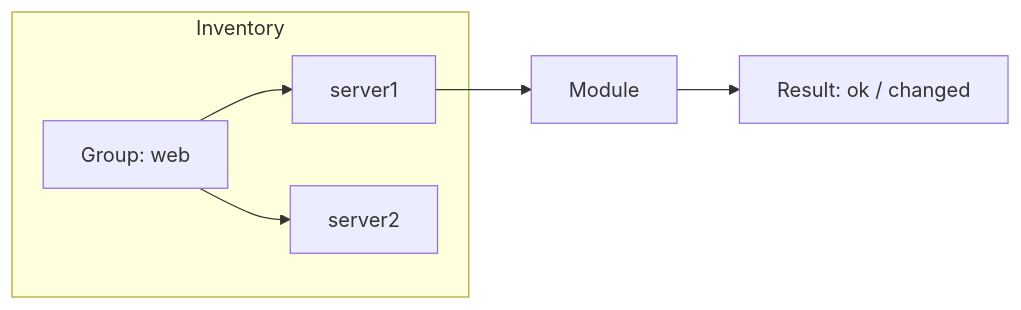
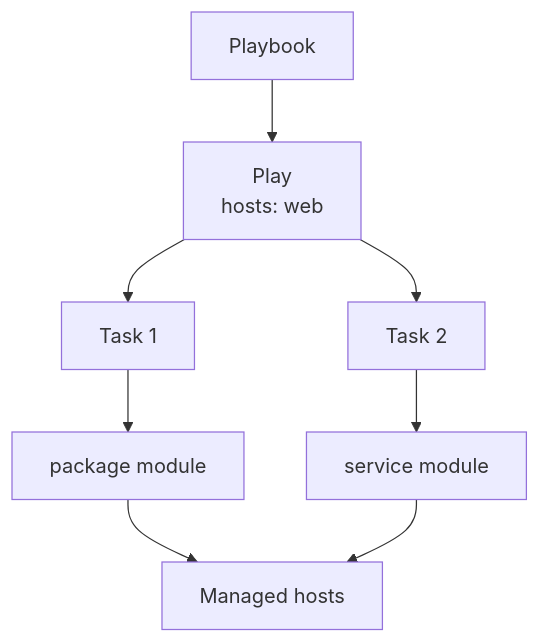
Before and after one commit to Ansible-workshop-ch/bootcamp: the diagram in module02/inventory-and-idempotency.md, drawn with Mermaid. The commit also changed other lines of this file, not shown here.

Commit message:
module 3 update

````diff
--- a/module02/inventory-and-idempotency.md
+++ b/module02/inventory-and-idempotency.md
@@ -40,9 +45,8 @@
 ```mermaid
-flowchart LR
-    subgraph INV[Inventory]
-        G[Group: web] --> H1[server1]
-        G --> H2[server2]
-    end
-    H1 --> M[Module]
-    M --> R[Result: ok / changed]
+flowchart TD
+    PB[Playbook] --> PL[Play<br/>hosts: web]
+    PL --> T1[Task 1] --> M1[package module]
+    PL --> T2[Task 2] --> M2[service module]
+    M1 --> Hosts[Managed hosts]
+    M2 --> Hosts
 ```
````
